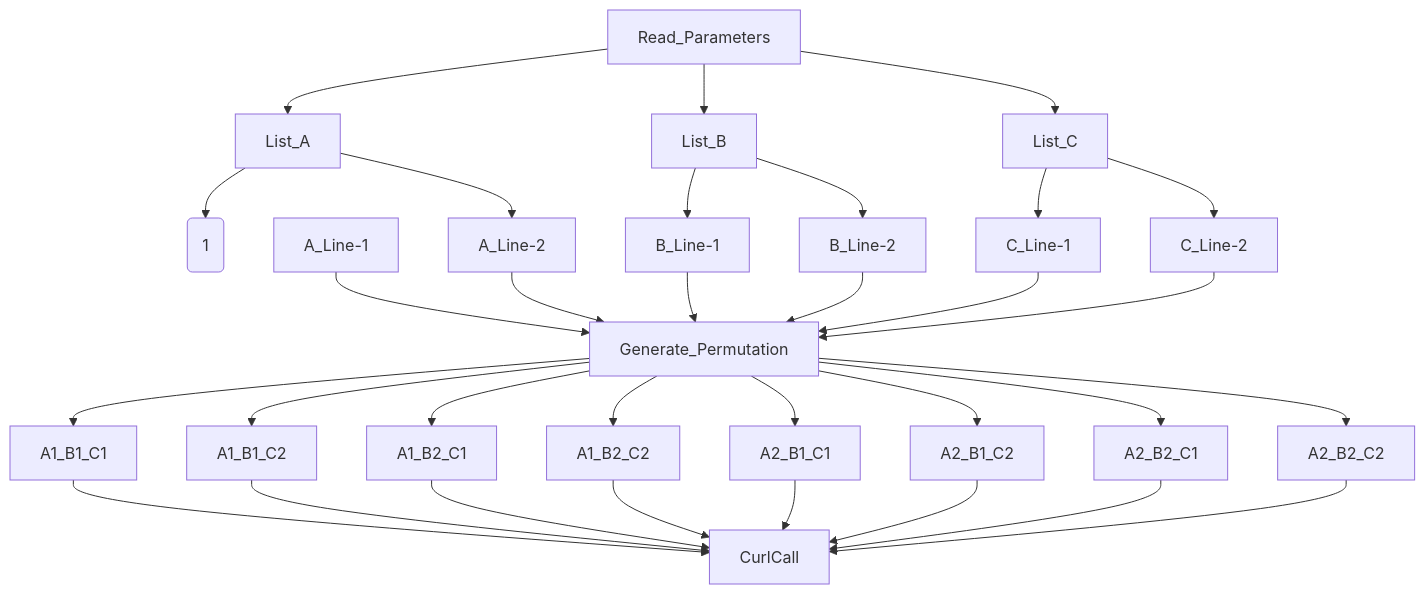
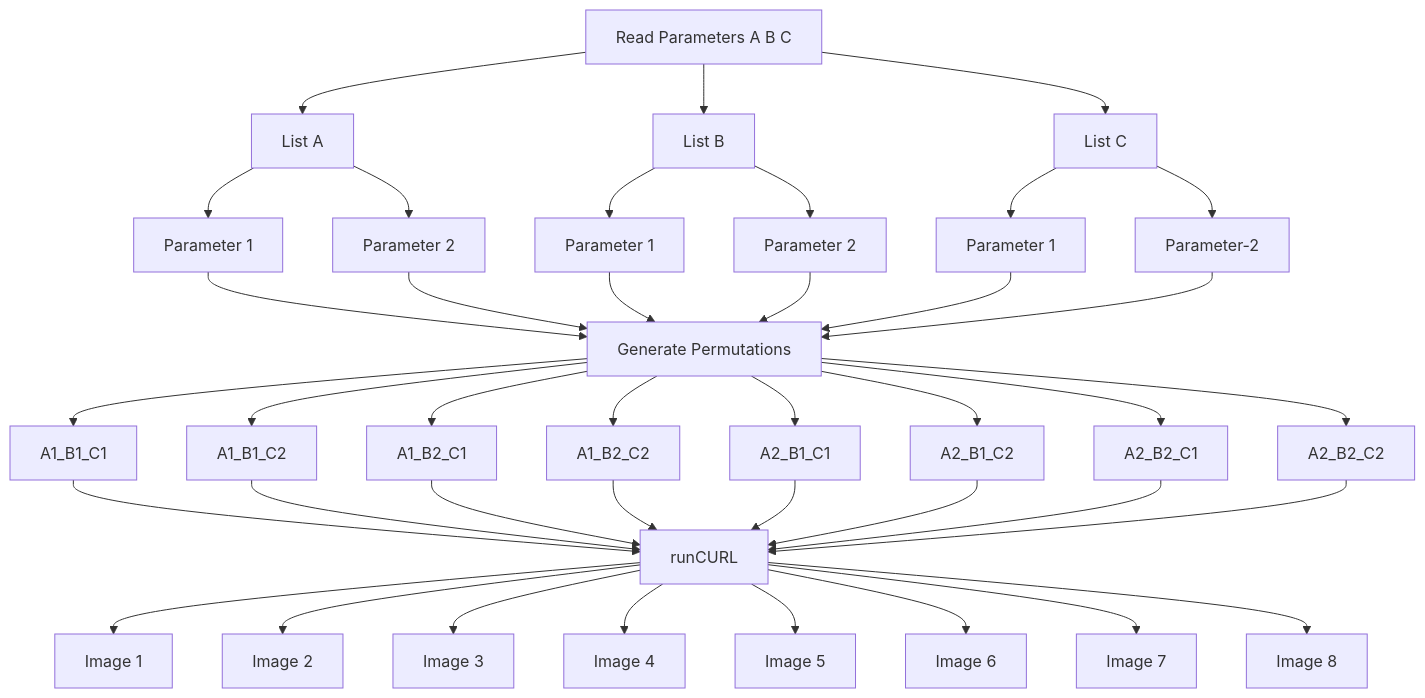
The diagram in README.md (daedon/Fooocus-API-XYZ), drawn with Mermaid before and after one commit.

````diff
--- a/README.md
+++ b/README.md
@@ -144,39 +144,47 @@
 ```mermaid
 graph TD;
-    Read_Parameters-->List_A;
-    Read_Parameters-->List_B;
-    Read_Parameters-->List_C;
-    List_A-->A(1);
-    List_A-->A_Line-2;
-    List_B-->B_Line-1;
-    List_B-->B_Line-2;
-    List_C-->C_Line-1;
-    List_C-->C_Line-2;
+    Read_Parameters[Read Parameters A B C]-->listA[List A];
+    Read_Parameters-->listB[List B];
+    Read_Parameters-->listC[List C];
+    listA-->A1[Parameter 1];
+    listA-->A2[Parameter 2];
+    listB-->B1[Parameter 1];
+    listB-->B2[Parameter 2];
+    listC-->C1[Parameter 1];
+    listC-->C2[Parameter-2];
 
-    A_Line-1-->Generate_Permutation;
-    A_Line-2-->Generate_Permutation;
-    B_Line-1-->Generate_Permutation;
-    B_Line-2-->Generate_Permutation;
-    C_Line-1-->Generate_Permutation;
-    C_Line-2-->Generate_Permutation;
+    A1-->Generate_Permutation[Generate Permutations];
+    A2-->Generate_Permutation;
+    B1-->Generate_Permutation;
+    B2-->Generate_Permutation;
+    C1-->Generate_Permutation;
+    C2-->Generate_Permutation;
 
     Generate_Permutation-->A1_B1_C1;
     Generate_Permutation-->A1_B1_C2;
     Generate_Permutation-->A1_B2_C1;
     Generate_Permutation-->A1_B2_C2;
     Generate_Permutation-->A2_B1_C1;
     Generate_Permutation-->A2_B1_C2;
     Generate_Permutation-->A2_B2_C1;
     Generate_Permutation-->A2_B2_C2;
 
-    A1_B1_C1-->CurlCall;
+    A1_B1_C1-->CurlCall[runCURL];
     A1_B1_C2-->CurlCall;
     A1_B2_C1-->CurlCall;
     A1_B2_C2-->CurlCall;
     A2_B1_C1-->CurlCall;
     A2_B1_C2-->CurlCall;
     A2_B2_C1-->CurlCall;
     A2_B2_C2-->CurlCall;
 
+    CurlCall-->ImageA1_B1_C1[Image 1];
+    CurlCall-->ImageA1_B1_C2[Image 2];
+    CurlCall-->ImageA1_B2_C1[Image 3];
+    CurlCall-->ImageA1_B2_C2[Image 4];
+    CurlCall-->ImageA2_B1_C1[Image 5];
+    CurlCall-->ImageA2_B1_C2[Image 6];
+    CurlCall-->ImageA2_B2_C1[Image 7];
+    CurlCall-->ImageA2_B2_C2[Image 8];
 
 ```
````
